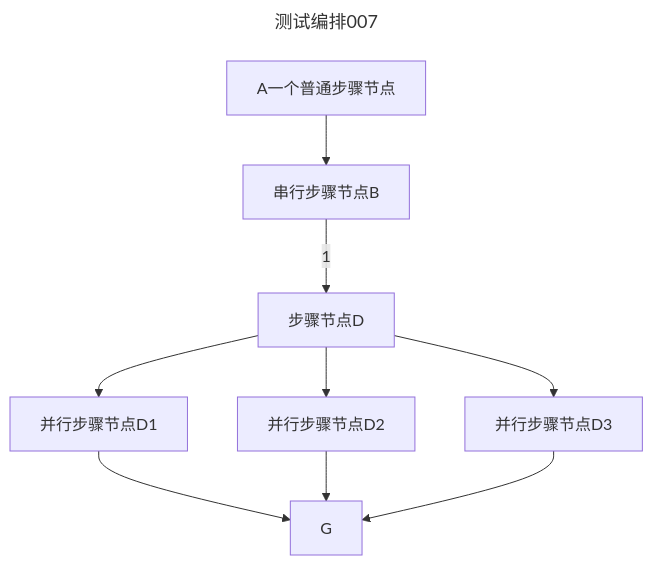
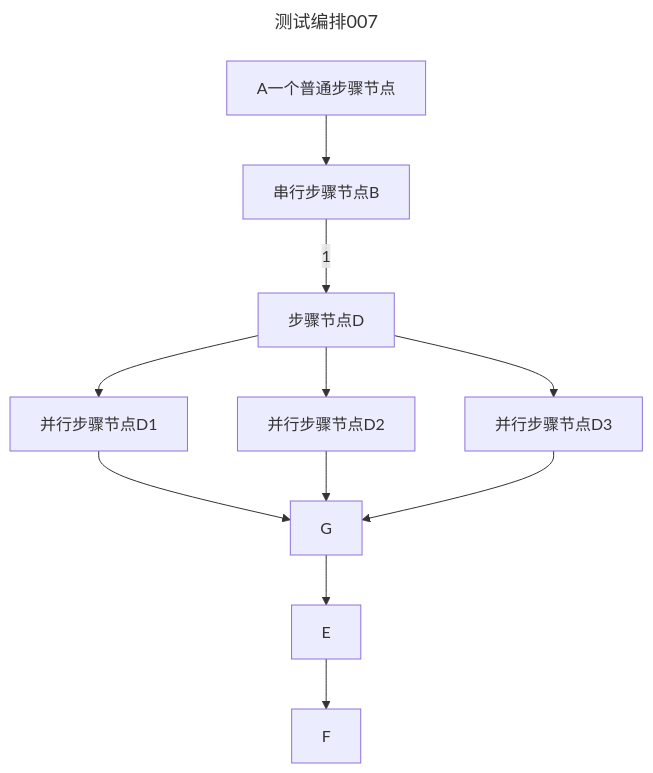
Before and after one commit to NeoGitCrt1/liteflow: the diagram in liteflow-testcase-el/liteflow-testcase-el-markdown-springboot/src/test/resources/CASE7.md, drawn with Mermaid. The commit also changed 4 other files, not shown here.

````diff
--- a/liteflow-testcase-el/liteflow-testcase-el-markdown-springboot/src/test/resources/CASE7.md
+++ b/liteflow-testcase-el/liteflow-testcase-el-markdown-springboot/src/test/resources/CASE7.md
@@ -1,12 +1,13 @@
 ```mermaid
 --- 
 title: 测试编排007
 ---
 flowchart TD;
 
 A[A一个普通步骤节点] --> B[串行步骤节点B] 
 B --> |1| D[步骤节点D] --> D1[并行步骤节点D1] --> G
 D[步骤节点D] --> D2[并行步骤节点D2]  --> G
-D[步骤节点D] --> D3[并行步骤节点D3] --> G 
-
+D[步骤节点D] --> D3[并行步骤节点D3] --> G
+G --> E 
+E --> F
 ```
````
